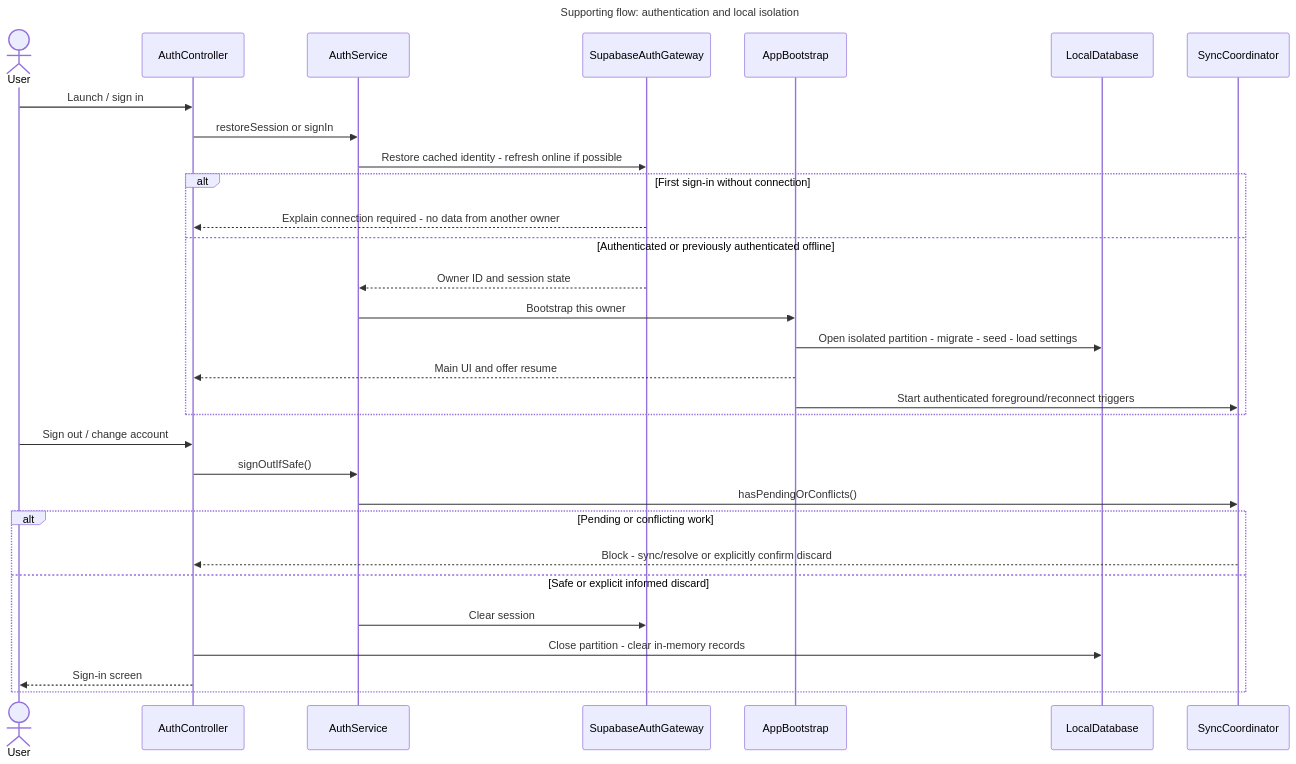
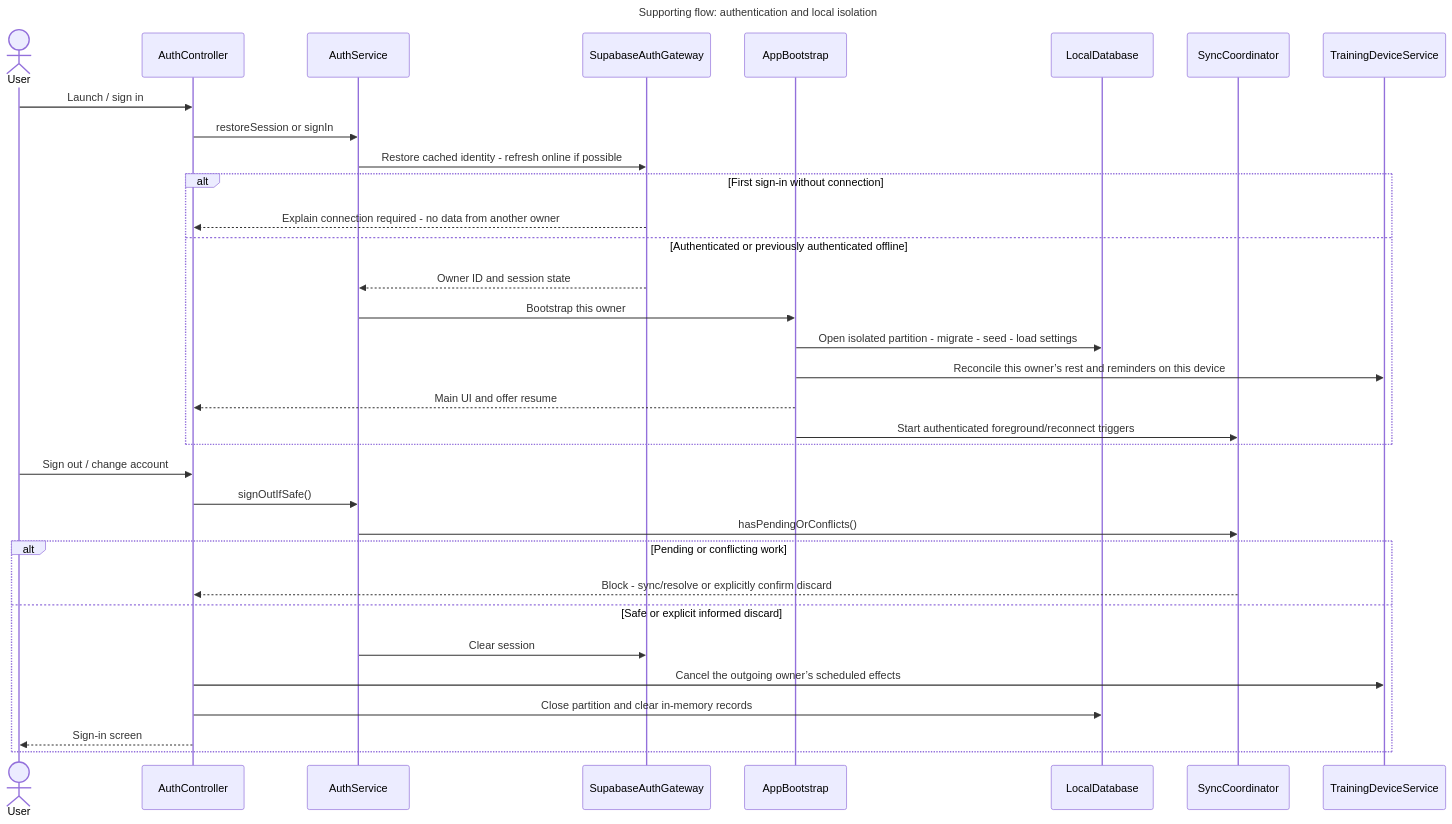
One commit to SebasLopez2005/SWEProject1 changed diagram 11 of 50 in docs/part2/design/README.md. Above: the diagram before and after it, drawn with Mermaid. The commit also changed other lines of this file and 47 other files, not shown here.

````diff
--- a/docs/part2/design/README.md
+++ b/docs/part2/design/README.md
@@ -882,33 +1195,36 @@
 ```mermaid
 sequenceDiagram
     title Supporting flow: authentication and local isolation
     actor U as User
     participant C as AuthController
     participant A as AuthService
     participant G as SupabaseAuthGateway
     participant B as AppBootstrap
     participant D as LocalDatabase
     participant S as SyncCoordinator
+    participant N as TrainingDeviceService
     U->>C: Launch / sign in
     C->>A: restoreSession or signIn
     A->>G: Restore cached identity -  refresh online if possible
     alt First sign-in without connection
       G-->>C: Explain connection required -  no data from another owner
     else Authenticated or previously authenticated offline
       G-->>A: Owner ID and session state
       A->>B: Bootstrap this owner
       B->>D: Open isolated partition -  migrate -  seed -  load settings
+      B->>N: Reconcile this owner’s rest and reminders on this device
       B-->>C: Main UI and offer resume
       B->>S: Start authenticated foreground/reconnect triggers
     end
     U->>C: Sign out / change account
     C->>A: signOutIfSafe()
     A->>S: hasPendingOrConflicts()
     alt Pending or conflicting work
       S-->>C: Block -  sync/resolve or explicitly confirm discard
     else Safe or explicit informed discard
       A->>G: Clear session
-      C->>D: Close partition -  clear in-memory records
+      C->>N: Cancel the outgoing owner’s scheduled effects
+      C->>D: Close partition and clear in-memory records
       C-->>U: Sign-in screen
     end
 ```
````
